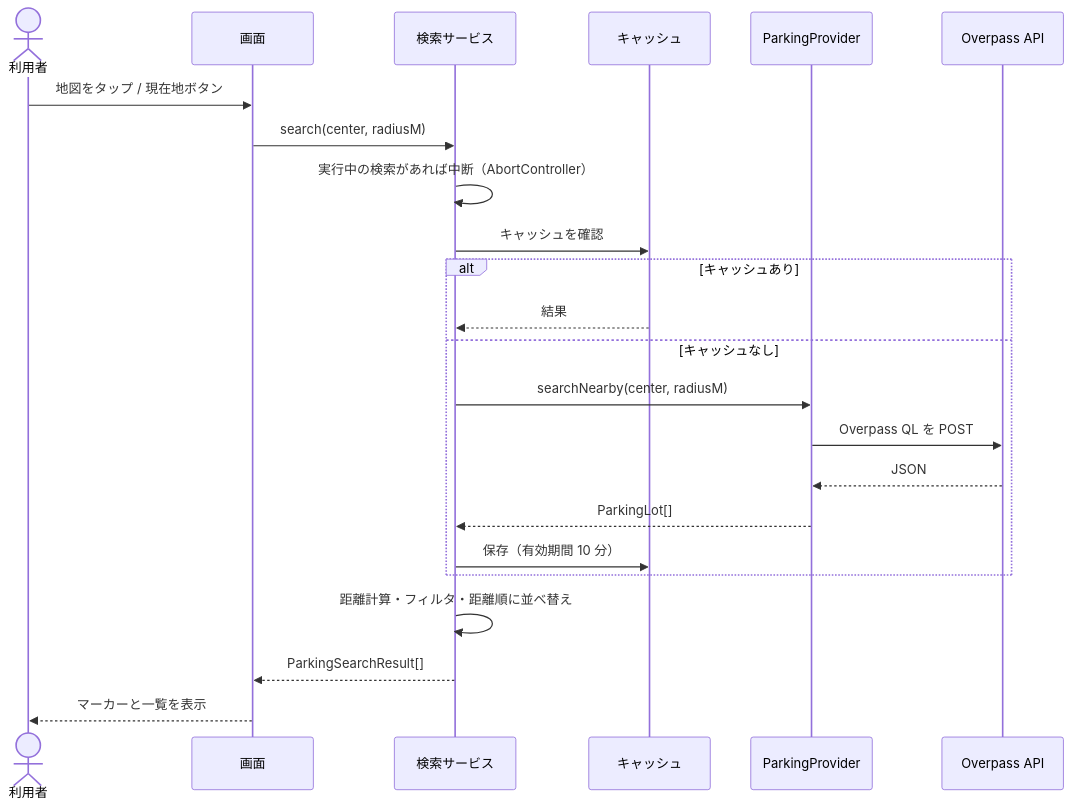
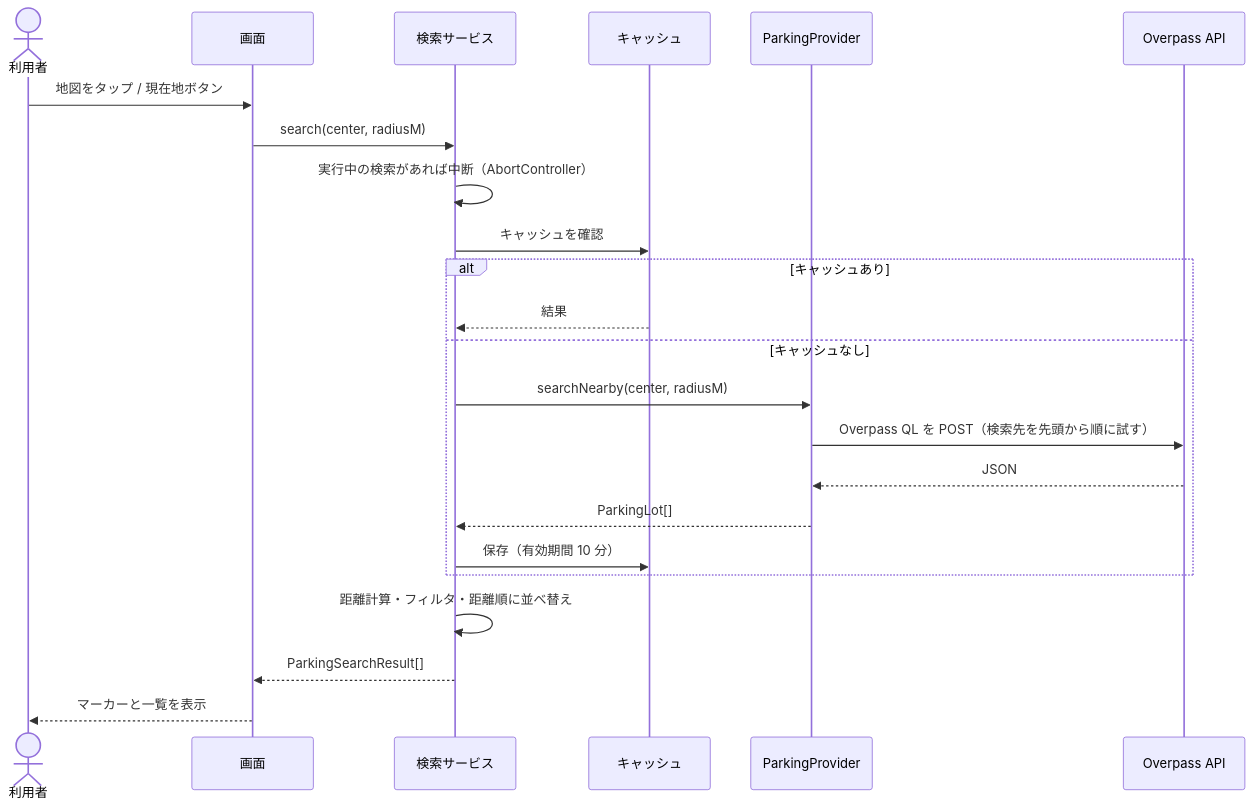
The fourth of 6 diagrams in docs/functional-design.md (chikishi/ParkFinder), drawn with Mermaid before and after one commit. The commit also changed other lines of this file and 17 other files, not shown here.

````diff
--- a/docs/functional-design.md
+++ b/docs/functional-design.md
@@ -198,26 +198,26 @@
 ```mermaid
 sequenceDiagram
     actor U as 利用者
     participant UI as 画面
     participant S as 検索サービス
     participant C as キャッシュ
     participant P as ParkingProvider
     participant API as Overpass API
 
     U->>UI: 地図をタップ / 現在地ボタン
     UI->>S: search(center, radiusM)
     S->>S: 実行中の検索があれば中断（AbortController）
     S->>C: キャッシュを確認
     alt キャッシュあり
         C-->>S: 結果
     else キャッシュなし
         S->>P: searchNearby(center, radiusM)
-        P->>API: Overpass QL を POST
+        P->>API: Overpass QL を POST（検索先を先頭から順に試す）
         API-->>P: JSON
         P-->>S: ParkingLot[]
         S->>C: 保存（有効期間 10 分）
     end
     S->>S: 距離計算・フィルタ・距離順に並べ替え
     S-->>UI: ParkingSearchResult[]
     UI-->>U: マーカーと一覧を表示
 ```
````
